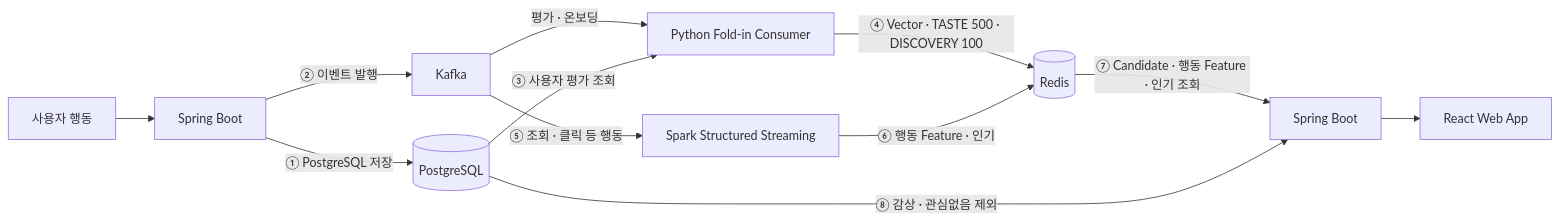
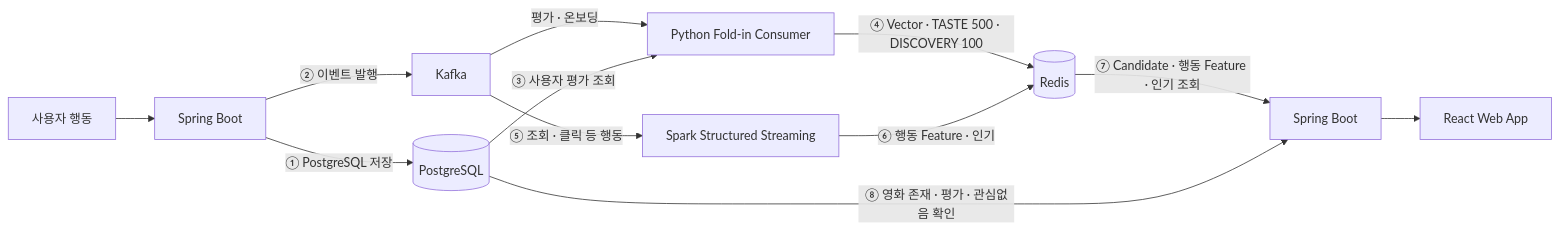
One commit to koongya-studio/feelm changed the diagram in docs/api/streaming-contract.md. Above: the diagram before and after it, drawn with Mermaid. The commit also changed other lines of this file and 23 other files, not shown here.

````diff
--- a/docs/api/streaming-contract.md
+++ b/docs/api/streaming-contract.md
@@ -14,14 +14,14 @@
 ```mermaid
 flowchart LR
     U["사용자 행동"] --> BE1["Spring Boot"]
     BE1 -->|"① PostgreSQL 저장"| PG[("PostgreSQL")]
     BE1 -->|"② 이벤트 발행"| KF["Kafka"]
     KF -->|"평가 · 온보딩"| PC["Python Fold-in Consumer"]
     PG -->|"③ 사용자 평가 조회"| PC
     PC -->|"④ Vector · TASTE 500 · DISCOVERY 100"| RD[("Redis")]
     KF -->|"⑤ 조회 · 클릭 등 행동"| SS["Spark Structured Streaming"]
     SS -->|"⑥ 행동 Feature · 인기"| RD
     RD -->|"⑦ Candidate · 행동 Feature · 인기 조회"| BE2["Spring Boot"]
-    PG -->|"⑧ 감상 · 관심없음 제외"| BE2
+    PG -->|"⑧ 영화 존재 · 평가 · 관심없음 확인"| BE2
     BE2 --> FE["React Web App"]
 ```
````
